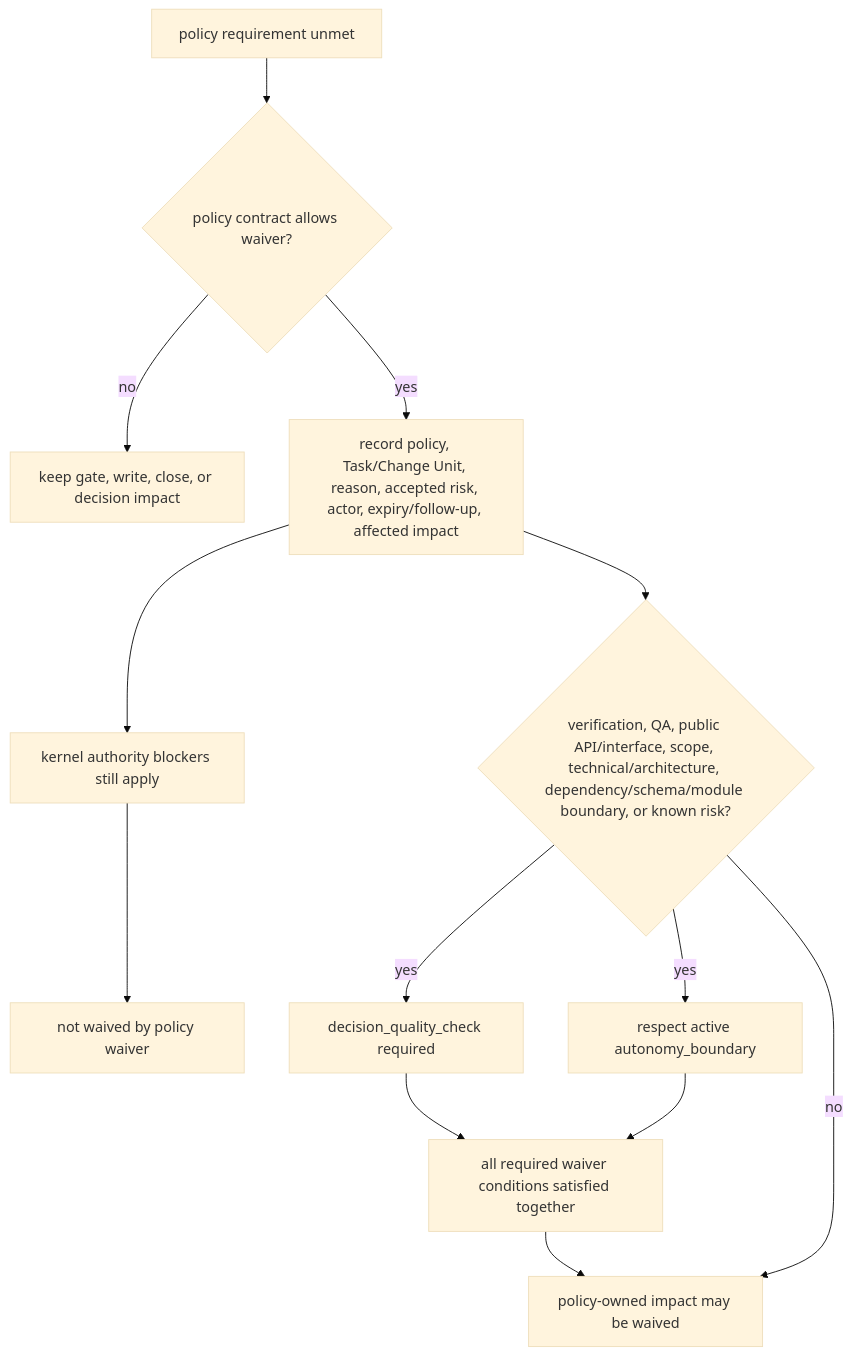
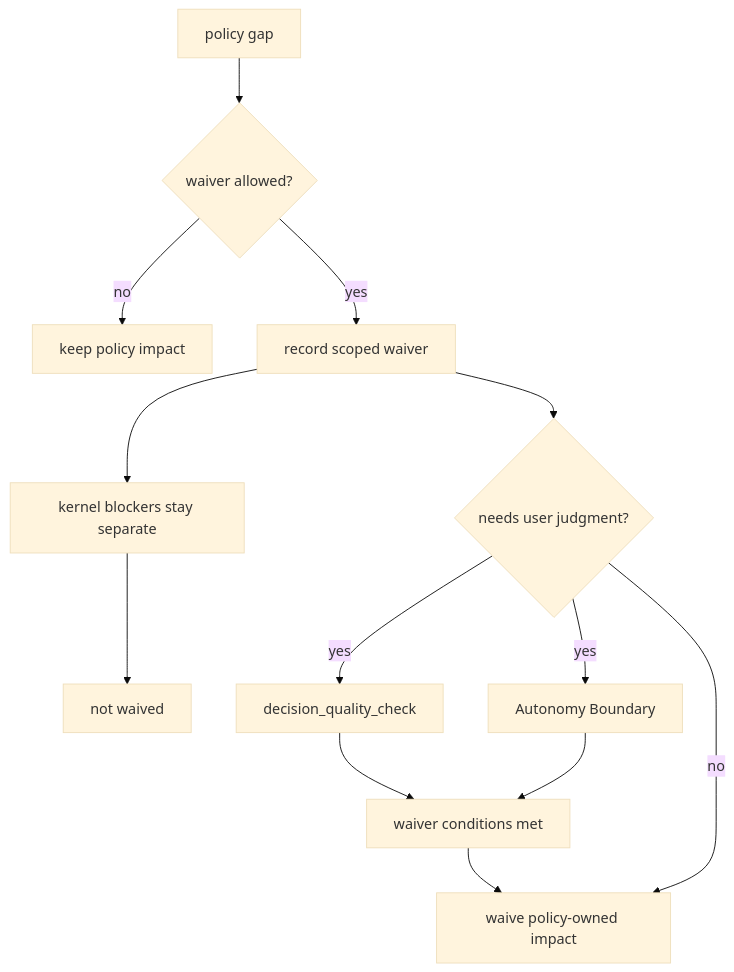
Before and after one commit to minjungw00/Harness_Project: the second of 2 diagrams in docs/en/reference/design-quality-policies.md, drawn with Mermaid (base theme). The commit also changed other lines of this file and 15 other files, not shown here.

Commit message:
docs: simplify and audit Harness diagrams

````diff
--- a/docs/en/reference/design-quality-policies.md
+++ b/docs/en/reference/design-quality-policies.md
@@ -527,15 +528,15 @@
 ```mermaid
 flowchart TD
-  Gap["policy requirement unmet"] --> Allowed{"policy contract allows waiver?"}
-  Allowed -- no --> KeepImpact["keep gate, write, close, or decision impact"]
-  Allowed -- yes --> Record["record policy, Task/Change Unit, reason, accepted risk, actor, expiry/follow-up, affected impact"]
-  Record --> Kernel["kernel authority blockers still apply"]
-  Record --> Decision{"verification, QA, public API/interface, scope, technical/architecture, dependency/schema/module boundary, or known risk?"}
-  Decision -- yes --> Quality["decision_quality_check required"]
-  Decision -- yes --> Boundary["respect active autonomy_boundary"]
-  Decision -- no --> Waived["policy-owned impact may be waived"]
-  Quality --> Conditions["all required waiver conditions satisfied together"]
+  Gap["policy gap"] --> Allowed{"waiver allowed?"}
+  Allowed -->|no| KeepImpact["keep policy impact"]
+  Allowed -->|yes| Record["record scoped waiver"]
+  Record --> Kernel["kernel blockers stay separate"]
+  Record --> Decision{"needs user judgment?"}
+  Decision -->|yes| Quality["decision_quality_check"]
+  Decision -->|yes| Boundary["Autonomy Boundary"]
+  Decision -->|no| Waived["waive policy-owned impact"]
+  Quality --> Conditions["waiver conditions met"]
   Boundary --> Conditions
-  Kernel --> Separate["not waived by policy waiver"]
+  Kernel --> Separate["not waived"]
   Conditions --> Waived
 ```
````
